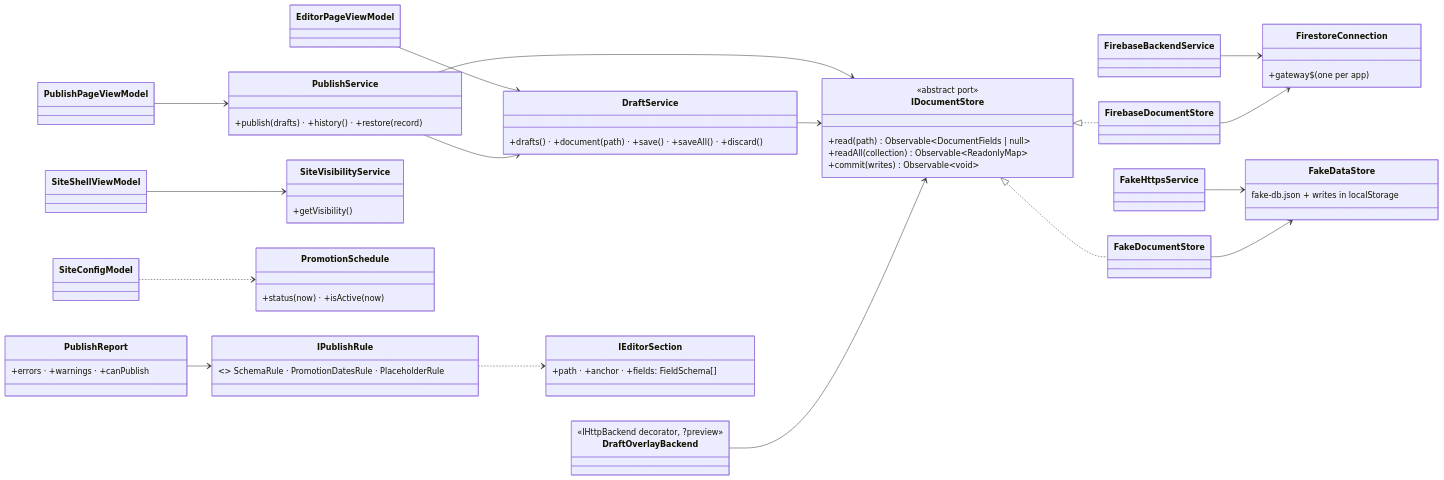
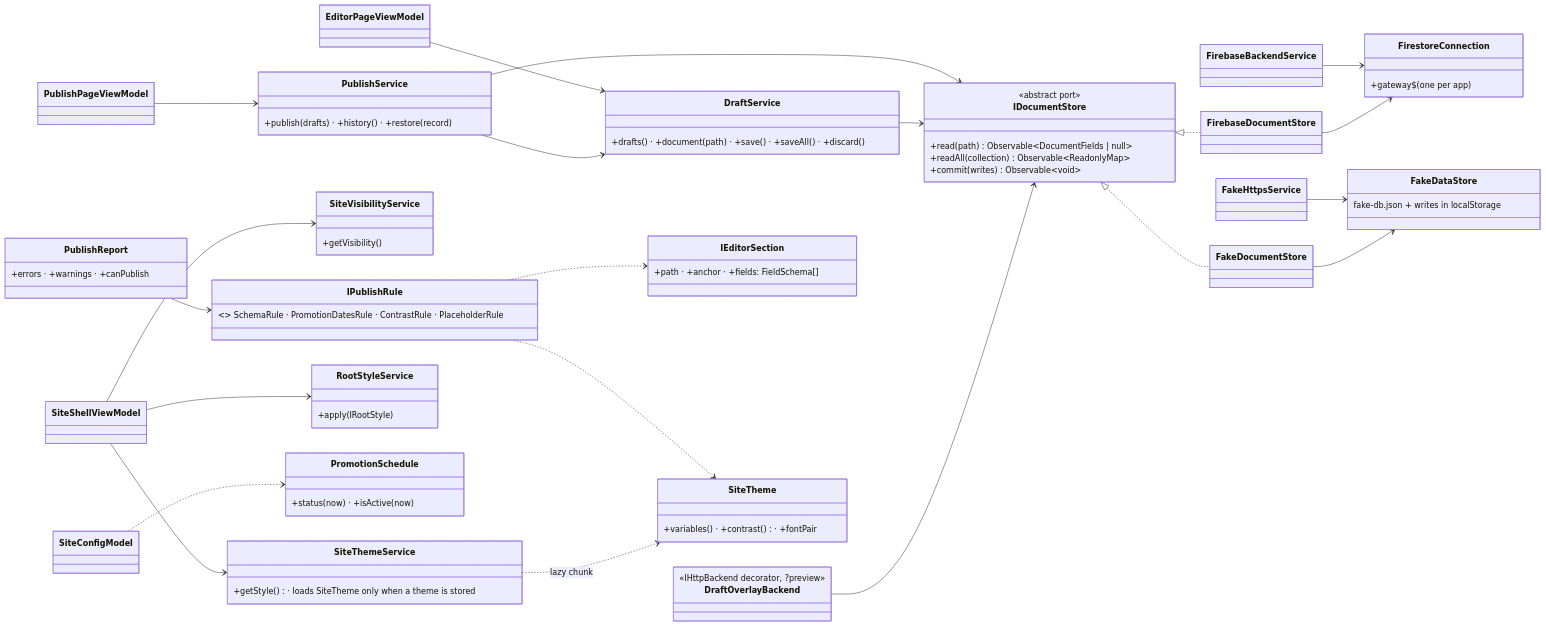
The fifth of 6 diagrams in docs/architecture/class-diagram.md (RaviAkhouri30/taalyatra), drawn with Mermaid before and after one commit. The commit also changed 233 other files, not shown here.

First line of the commit message:
feat(theme): editable theme for the site and admin (0021 V19)

````diff
--- a/docs/architecture/class-diagram.md
+++ b/docs/architecture/class-diagram.md
@@ -160,38 +160,45 @@
 ```mermaid
 classDiagram
   direction LR
   class IDocumentStore {
     <<abstract port>>
     +read(path) Observable~DocumentFields | null~
     +readAll(collection) Observable~ReadonlyMap~
     +commit(writes) Observable~void~
   }
   class FirestoreConnection { +gateway$ (one per app) }
   class FirebaseDocumentStore
   class FakeDocumentStore
   class FakeDataStore { fake-db.json + writes in localStorage }
   class DraftOverlayBackend { <<IHttpBackend decorator, ?preview>> }
   class DraftService { +drafts() · +document(path) · +save() · +saveAll() · +discard() }
   class PublishService { +publish(drafts) · +history() · +restore(record) }
   class PublishReport { +errors · +warnings · +canPublish }
-  class IPublishRule { <<interface>> SchemaRule · PromotionDatesRule · PlaceholderRule }
+  class IPublishRule { <<interface>> SchemaRule · PromotionDatesRule · ContrastRule · PlaceholderRule }
   class IEditorSection { +path · +anchor · +fields: FieldSchema[] }
   class SiteVisibilityService { +getVisibility() }
+  class SiteThemeService { +getStyle() · loads SiteTheme only when a theme is stored }
+  class SiteTheme { +variables() · +contrast() · +fontPair }
+  class RootStyleService { +apply(IRootStyle) }
   class PromotionSchedule { +status(now) · +isActive(now) }
   IDocumentStore <|.. FirebaseDocumentStore
   IDocumentStore <|.. FakeDocumentStore
   FirebaseDocumentStore --> FirestoreConnection
   FirebaseBackendService --> FirestoreConnection
   FakeDocumentStore --> FakeDataStore
   FakeHttpsService --> FakeDataStore
   DraftOverlayBackend --> IDocumentStore
   DraftService --> IDocumentStore
   PublishService --> IDocumentStore
   PublishService --> DraftService
   PublishReport --> IPublishRule
   IPublishRule ..> IEditorSection
   EditorPageViewModel --> DraftService
   PublishPageViewModel --> PublishService
   SiteShellViewModel --> SiteVisibilityService
+  SiteShellViewModel --> SiteThemeService
+  SiteShellViewModel --> RootStyleService
+  SiteThemeService ..> SiteTheme : lazy chunk
+  IPublishRule ..> SiteTheme
   SiteConfigModel ..> PromotionSchedule
 ```
````
